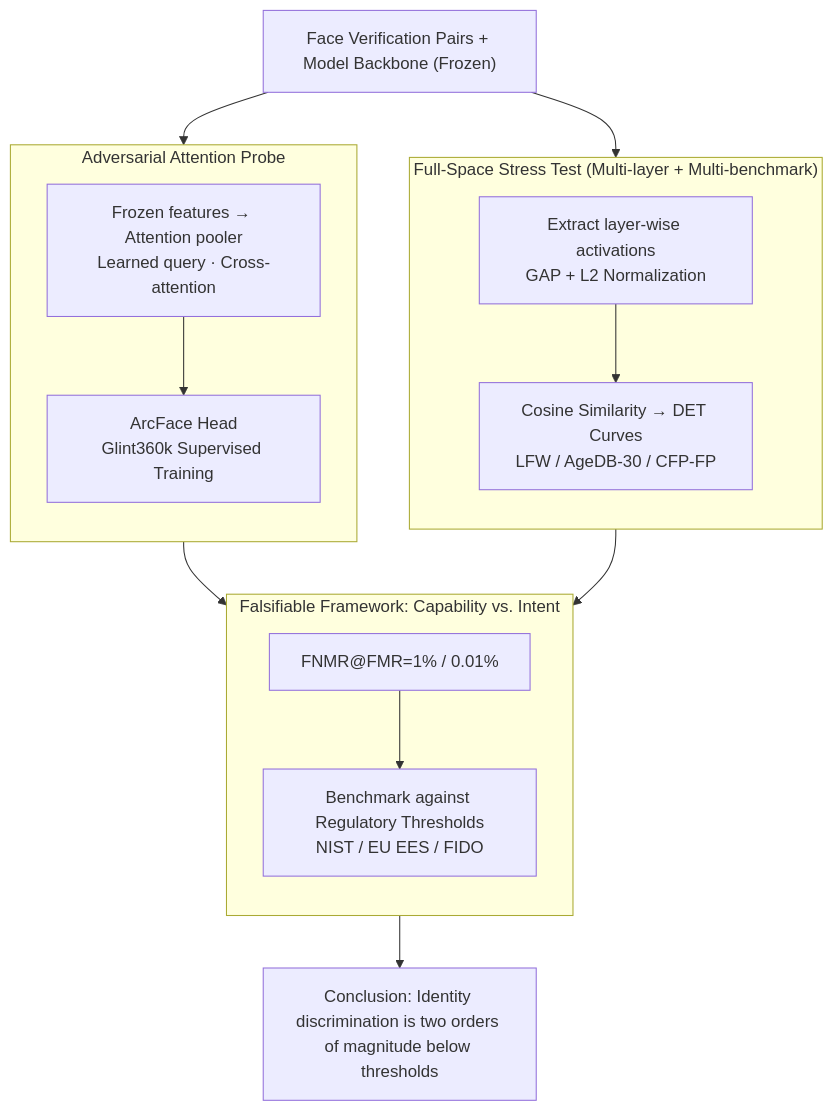
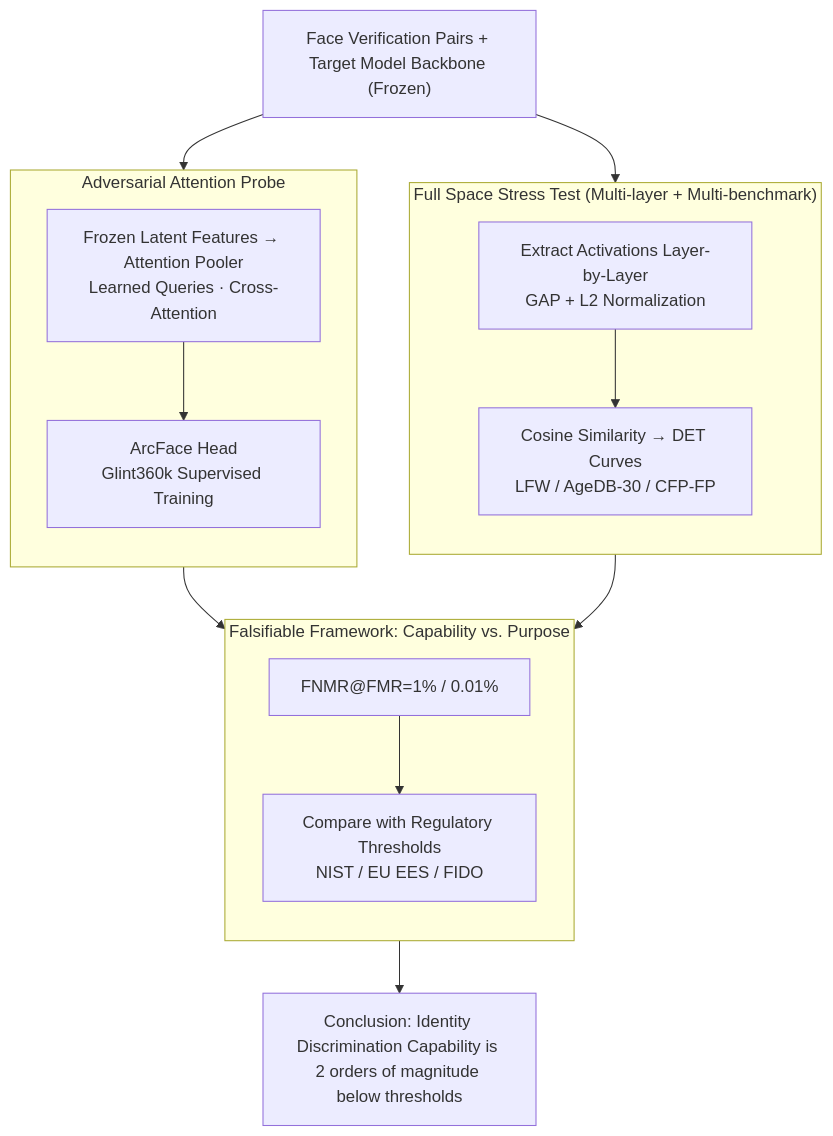
One commit to zhaoyang97/Paper-Notes-en changed the diagram in docs/ICML2026/others/position_age_estimation_models_do_not_process_biometric_data.md. Above: the diagram before and after it, drawn with Mermaid. The commit also changed other lines of this file and 5084 other files, not shown here.

````diff
--- a/docs/ICML2026/others/position_age_estimation_models_do_not_process_biometric_data.md
+++ b/docs/ICML2026/others/position_age_estimation_models_do_not_process_biometric_data.md
@@ -50,21 +50,21 @@
 ```mermaid
 graph TD
-    A["Face Verification Pairs + Model Backbone (Frozen)"]
-    subgraph RO["Full-Space Stress Test (Multi-layer + Multi-benchmark)"]
+    A["Face Verification Pairs + Target Model Backbone (Frozen)"]
+    subgraph RO["Full Space Stress Test (Multi-layer + Multi-benchmark)"]
         direction TB
-        B["Extract layer-wise activations<br/>GAP + L2 Normalization"] --> C["Cosine Similarity → DET Curves<br/>LFW / AgeDB-30 / CFP-FP"]
+        B["Extract Activations Layer-by-Layer<br/>GAP + L2 Normalization"] --> C["Cosine Similarity → DET Curves<br/>LFW / AgeDB-30 / CFP-FP"]
     end
     subgraph AP["Adversarial Attention Probe"]
         direction TB
-        D["Frozen features → Attention pooler<br/>Learned query · Cross-attention"] --> E["ArcFace Head<br/>Glint360k Supervised Training"]
+        D["Frozen Latent Features → Attention Pooler<br/>Learned Queries · Cross-Attention"] --> E["ArcFace Head<br/>Glint360k Supervised Training"]
     end
-    subgraph FW["Falsifiable Framework: Capability vs. Intent"]
+    subgraph FW["Falsifiable Framework: Capability vs. Purpose"]
         direction TB
-        F["FNMR@FMR=1% / 0.01%"] --> G["Benchmark against Regulatory Thresholds<br/>NIST / EU EES / FIDO"]
+        F["FNMR@FMR=1% / 0.01%"] --> G["Compare with Regulatory Thresholds<br/>NIST / EU EES / FIDO"]
     end
     A --> B
     A --> D
     C --> F
     E --> F
-    G --> H["Conclusion: Identity discrimination is two orders of magnitude below thresholds"]
+    G --> H["Conclusion: Identity Discrimination Capability is 2 orders of magnitude below thresholds"]
 ```
````
